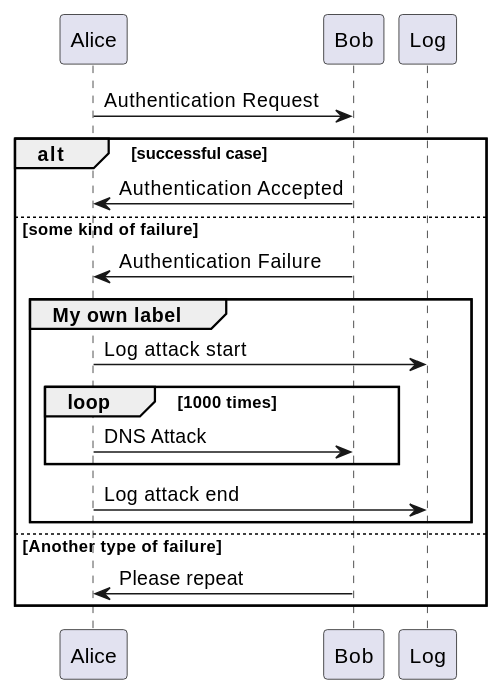
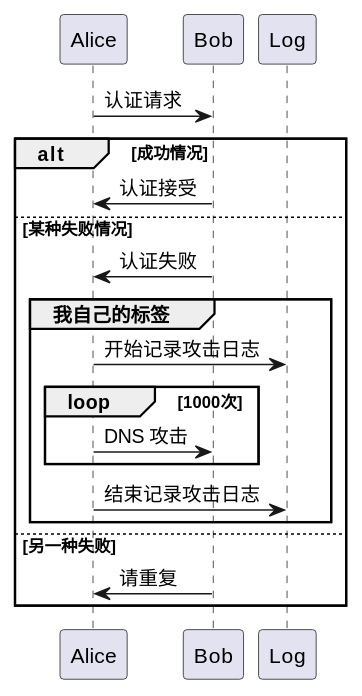
Before and after one commit to SPWork-Studio/spwork-studio.github.io: the diagram in theme/demo/markdown.md, drawn with PlantUML. The commit also changed other lines of this file and 40 other files, not shown here.

```diff
--- a/theme/demo/markdown.md
+++ b/theme/demo/markdown.md
@@ -268,24 +236,24 @@
 @startuml
-Alice -> Bob: Authentication Request
+Alice -> Bob: 认证请求
 
-alt successful case
+alt 成功情况
 
-    Bob -> Alice: Authentication Accepted
+    Bob -> Alice: 认证接受
 
-else some kind of failure
+else 某种失败情况
 
-    Bob -> Alice: Authentication Failure
-    group My own label
-    Alice -> Log : Log attack start
-        loop 1000 times
-            Alice -> Bob: DNS Attack
+    Bob -> Alice: 认证失败
+    group 我自己的标签
+    Alice -> Log : 开始记录攻击日志
+        loop 1000次
+            Alice -> Bob: DNS 攻击
         end
-    Alice -> Log : Log attack end
+    Alice -> Log : 结束记录攻击日志
     end
 
-else Another type of failure
+else 另一种失败
 
-Bob -> Alice: Please repeat
+    Bob -> Alice: 请重复
 
 end
 @enduml
```
